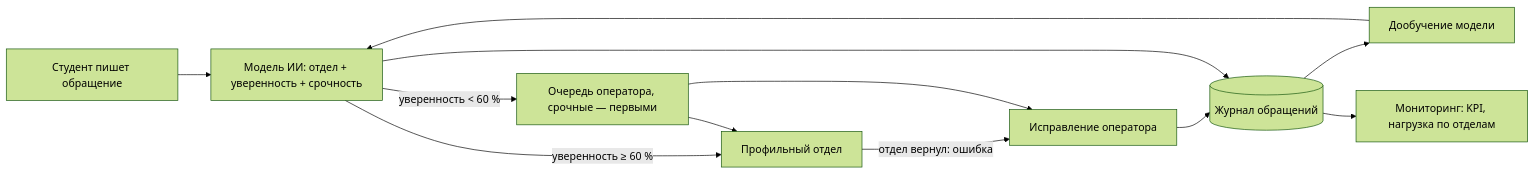
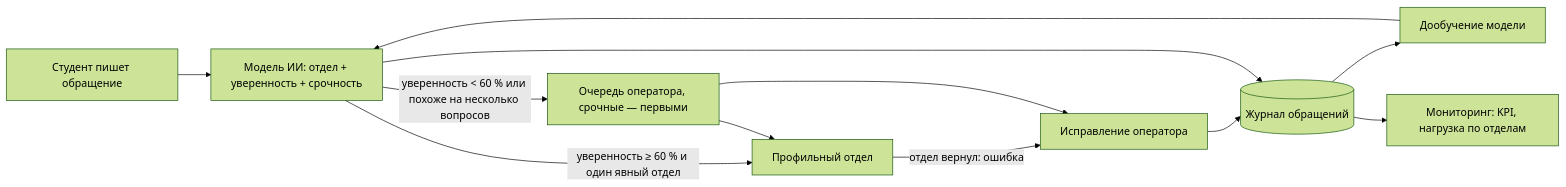
The second of 2 diagrams in docs/business_process.md (stepa2109/requests-router), drawn with Mermaid (forest theme) before and after one commit. The commit also changed other lines of this file and 17 other files, not shown here.

````diff
--- a/docs/business_process.md
+++ b/docs/business_process.md
@@ -52,14 +52,14 @@
 ```mermaid
 flowchart LR
     S[Студент пишет обращение] --> M[Модель ИИ: отдел + уверенность + срочность]
-    M -->|уверенность ≥ 60 %| D[Профильный отдел]
-    M -->|уверенность < 60 %| O[Очередь оператора, срочные — первыми]
+    M -->|уверенность ≥ 60 % и один явный отдел| D[Профильный отдел]
+    M -->|уверенность < 60 % или похоже на несколько вопросов| O[Очередь оператора, срочные — первыми]
     O --> D
     D -->|отдел вернул: ошибка| C[Исправление оператора]
     O --> C
     C --> J[(Журнал обращений)]
     M --> J
     J --> T[Дообучение модели]
     T --> M
     J --> MON[Мониторинг: KPI, нагрузка по отделам]
 ```
````
